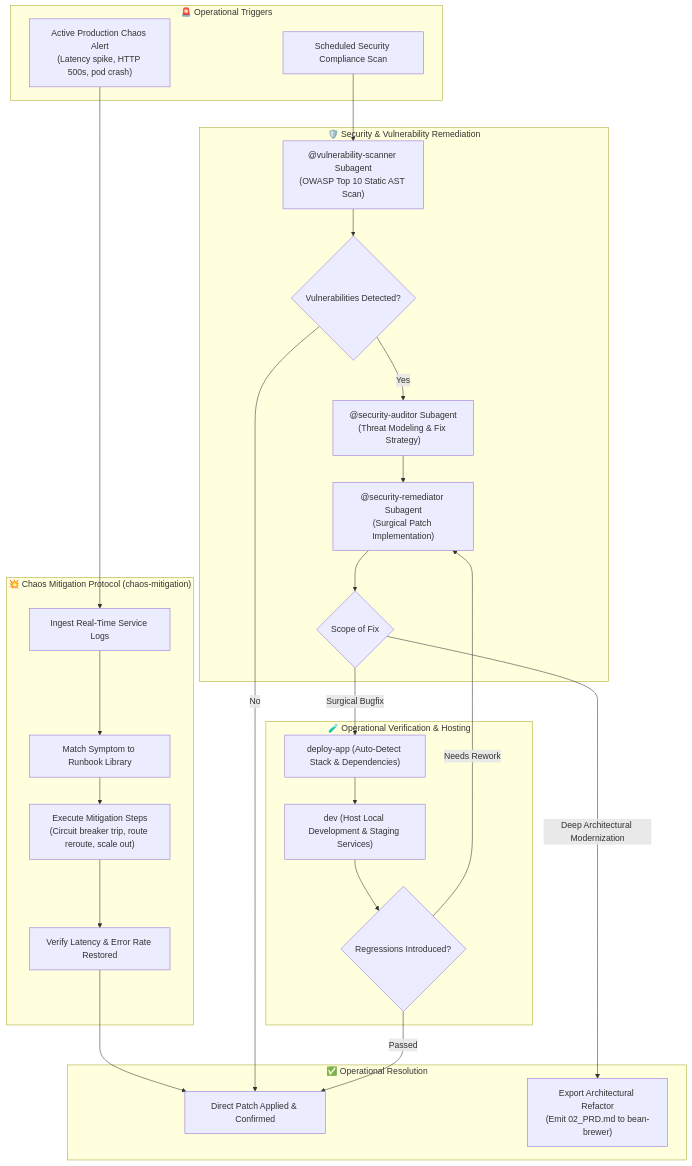
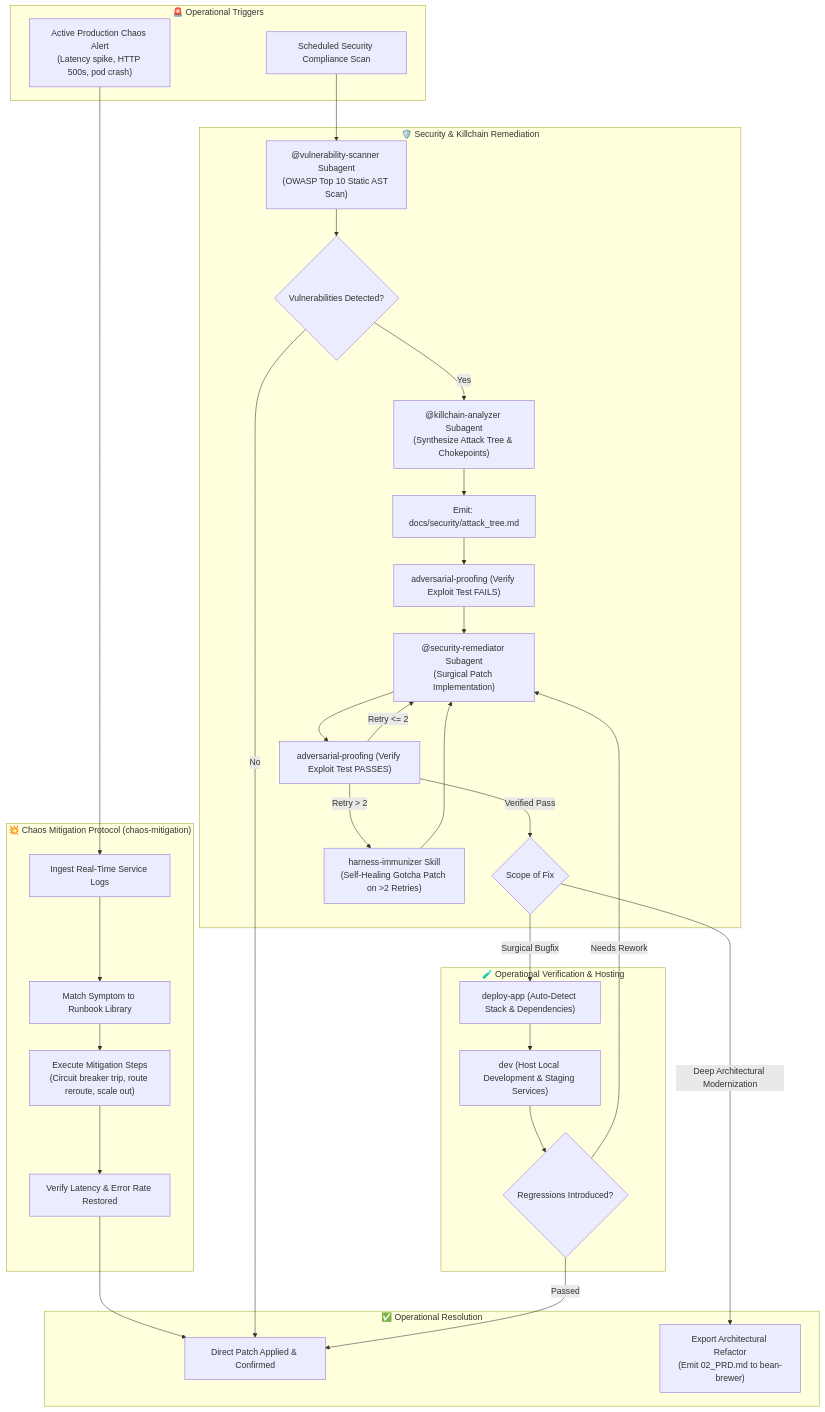
The diagram in README.md (sapientcoffee/bean-descale), drawn with Mermaid before and after one commit. The commit also changed other lines of this file and 10 other files, not shown here.

First line of the commit message:
feat(sre): ✨ add killchain-analyzer, adversarial-proofing, and harness-immunizer

````diff
--- a/README.md
+++ b/README.md
@@ -54,53 +56,61 @@
 ```mermaid
 flowchart TD
     subgraph Triggers["🚨 Operational Triggers"]
         ChaosAlert["Active Production Chaos Alert<br/>(Latency spike, HTTP 500s, pod crash)"]
         ScheduledAudit["Scheduled Security Compliance Scan"]
     end
 
     subgraph ChaosMitigation["💥 Chaos Mitigation Protocol (chaos-mitigation)"]
         IngestLogs["Ingest Real-Time Service Logs"]
         MatchRunbook["Match Symptom to Runbook Library"]
         ExecuteAction["Execute Mitigation Steps<br/>(Circuit breaker trip, route reroute, scale out)"]
         VerifyRecovery["Verify Latency & Error Rate Restored"]
     end
 
-    subgraph SecurityTrack["🛡️ Security & Vulnerability Remediation"]
+    subgraph SecurityTrack["🛡️ Security & Killchain Remediation"]
         VulnScanner["@vulnerability-scanner Subagent<br/>(OWASP Top 10 Static AST Scan)"]
         VulnerabilitiesFound{"Vulnerabilities Detected?"}
-        Auditor["@security-auditor Subagent<br/>(Threat Modeling & Fix Strategy)"]
+        KillChain["@killchain-analyzer Subagent<br/>(Synthesize Attack Tree & Chokepoints)"]
+        AttackTree["Emit: docs/security/attack_tree.md"]
+        PreFail["adversarial-proofing (Verify Exploit Test FAILS)"]
         Remediator["@security-remediator Subagent<br/>(Surgical Patch Implementation)"]
+        PostPass["adversarial-proofing (Verify Exploit Test PASSES)"]
         RemediationScope{"Scope of Fix"}
+        HarnessPatch["harness-immunizer Skill<br/>(Self-Healing Gotcha Patch on >2 Retries)"]
     end
 
     subgraph LocalHosting["🧪 Operational Verification & Hosting"]
         StackDetect["deploy-app (Auto-Detect Stack & Dependencies)"]
         DevServer["dev (Host Local Development & Staging Services)"]
         RegressionTest{"Regressions Introduced?"}
     end
 
     subgraph Resolution["✅ Operational Resolution"]
         DirectCommit["Direct Patch Applied & Confirmed"]
         HandoffBrewer["Export Architectural Refactor<br/>(Emit 02_PRD.md to bean-brewer)"]
     end
 
     ChaosAlert --> IngestLogs
     IngestLogs --> MatchRunbook
     MatchRunbook --> ExecuteAction
     ExecuteAction --> VerifyRecovery
     VerifyRecovery --> DirectCommit
 
     ScheduledAudit --> VulnScanner
     VulnScanner --> VulnerabilitiesFound
-    VulnerabilitiesFound -->|Yes| Auditor
+    VulnerabilitiesFound -->|Yes| KillChain
     VulnerabilitiesFound -->|No| DirectCommit
-    Auditor --> Remediator
-    Remediator --> RemediationScope
+    KillChain --> AttackTree --> PreFail
+    PreFail --> Remediator
+    Remediator --> PostPass
+    PostPass -->|Retry <= 2| Remediator
+    PostPass -->|Retry > 2| HarnessPatch --> Remediator
+    PostPass -->|Verified Pass| RemediationScope
 
     RemediationScope -->|Surgical Bugfix| StackDetect
     StackDetect --> DevServer --> RegressionTest
     RegressionTest -->|Passed| DirectCommit
     RegressionTest -->|Needs Rework| Remediator
 
     RemediationScope -->|Deep Architectural Modernization| HandoffBrewer
 ```
````
